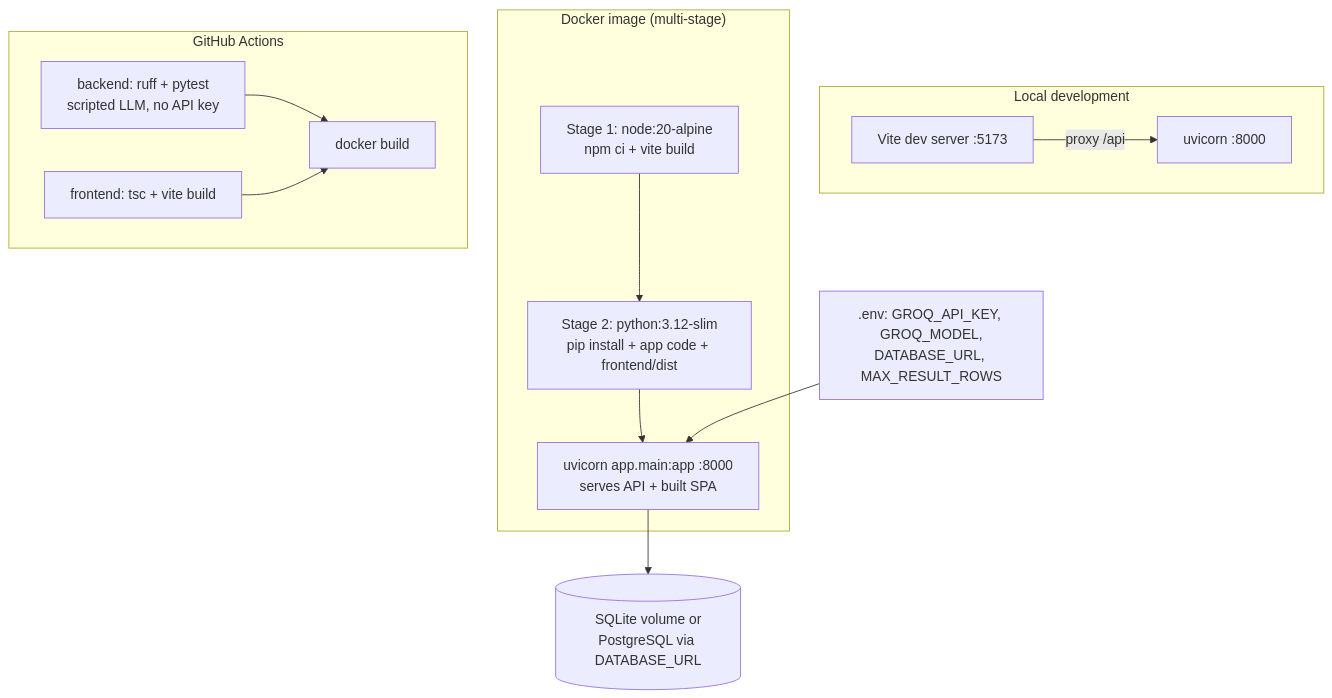
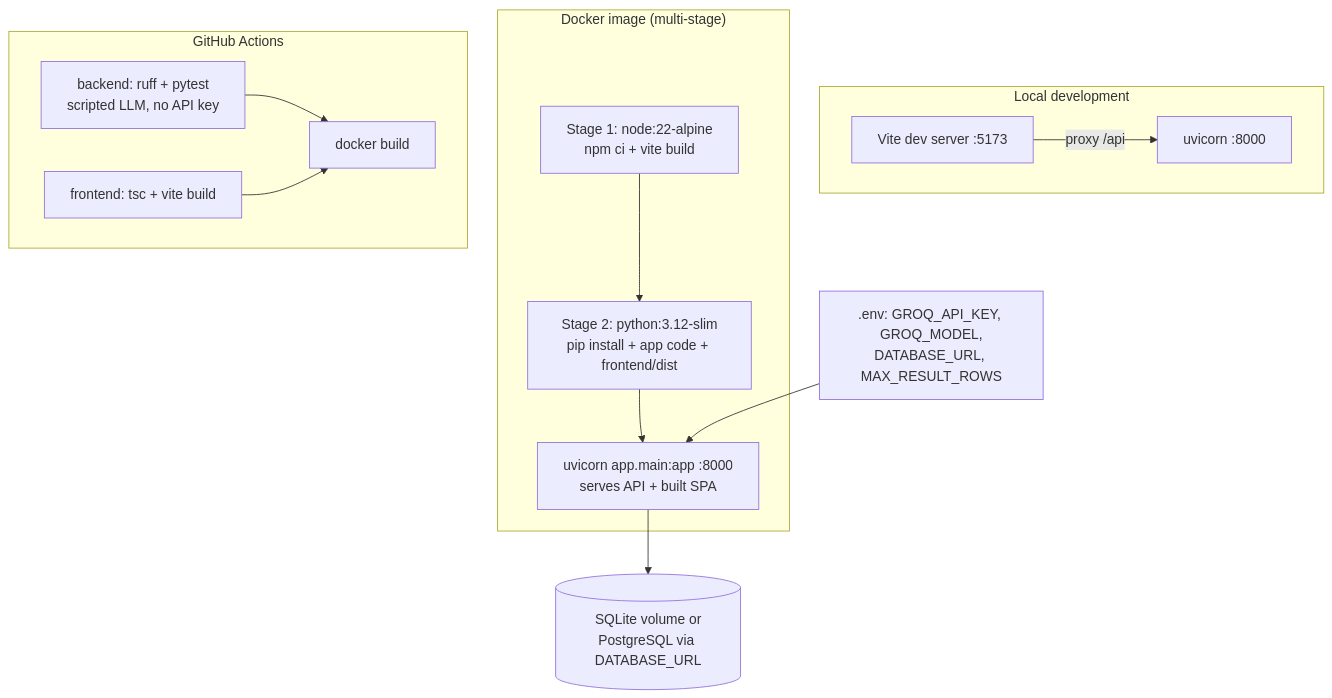
The diagram in docs/diagrams/deployment.mmd (MHassan-AiExpert/Insight-Graph-Agentic-SQL-Data-Analyst-), drawn with Mermaid before and after one commit. The commit also changed 4 other files, not shown here.

Commit message:
Use Node 22 for CI and the Docker frontend build

```diff
--- a/docs/diagrams/deployment.mmd
+++ b/docs/diagrams/deployment.mmd
@@ -1,17 +1,17 @@
 flowchart TB
     subgraph DEV["Local development"]
         V[Vite dev server :5173] -->|proxy /api| U[uvicorn :8000]
     end
     subgraph DOCKER["Docker image (multi-stage)"]
-        B1[Stage 1: node:20-alpine<br/>npm ci + vite build] --> B2[Stage 2: python:3.12-slim<br/>pip install + app code + frontend/dist]
+        B1[Stage 1: node:22-alpine<br/>npm ci + vite build] --> B2[Stage 2: python:3.12-slim<br/>pip install + app code + frontend/dist]
         B2 --> RUN[uvicorn app.main:app :8000<br/>serves API + built SPA]
     end
     subgraph CI["GitHub Actions"]
         C1[backend: ruff + pytest<br/>scripted LLM, no API key] 
         C2[frontend: tsc + vite build]
         C3[docker build]
         C1 --> C3
         C2 --> C3
     end
     ENV[.env: GROQ_API_KEY, GROQ_MODEL,<br/>DATABASE_URL, MAX_RESULT_ROWS] --> RUN
     RUN --> DBV[(SQLite volume or<br/>PostgreSQL via DATABASE_URL)]
```
